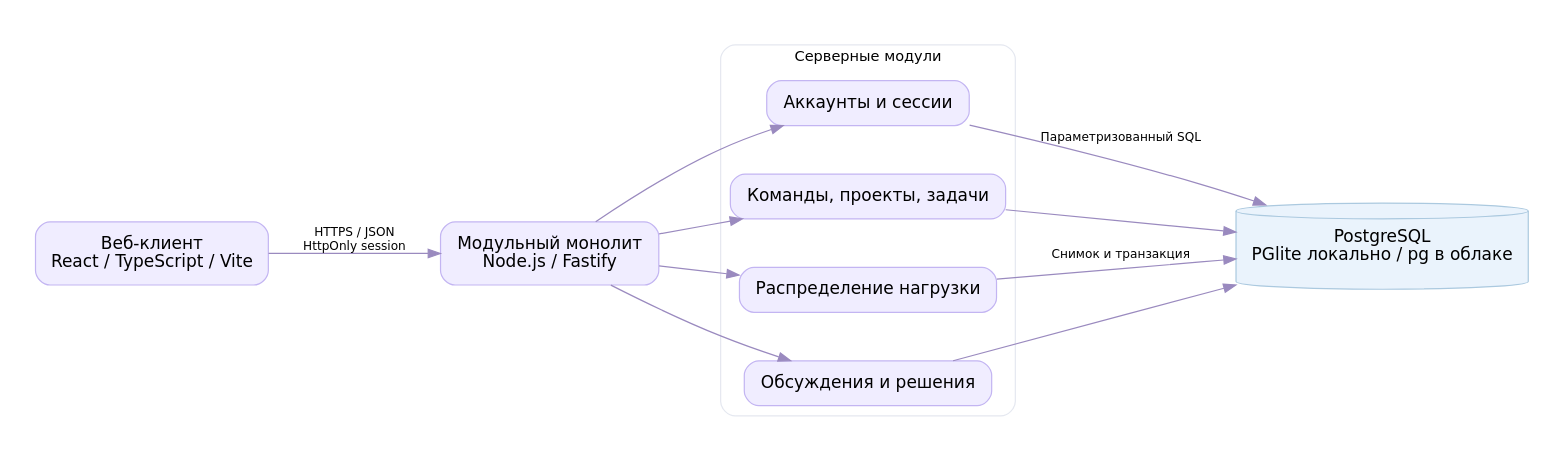
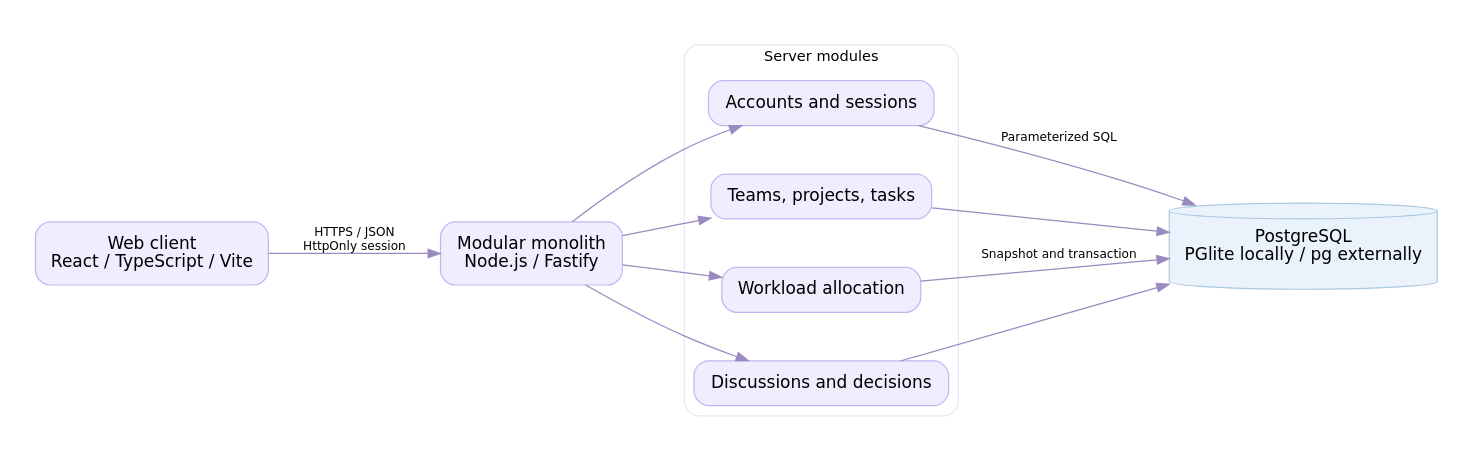
The diagram in diagrams/containers.dot (yerassylmurat07/fairshare), drawn with Graphviz before and after one commit. The commit also changed 18 other files, not shown here.

```diff
--- a/diagrams/containers.dot
+++ b/diagrams/containers.dot
@@ -1,24 +1,24 @@
 digraph FairShare {
  graph [rankdir=LR, bgcolor="white", fontname="DejaVu Sans", nodesep=0.55, ranksep=0.8, pad=0.3];
  node [shape=box, style="rounded,filled", fillcolor="#f0edff", color="#c3b5f2", fontname="DejaVu Sans", fontsize=14, margin="0.2,0.15"];
  edge [color="#9a8abf", fontname="DejaVu Sans", fontsize=10];
- Browser [label="Веб-клиент\nReact / TypeScript / Vite"];
- API [label="Модульный монолит\nNode.js / Fastify"];
- DB [shape=cylinder, label="PostgreSQL\nPGlite локально / pg в облаке",fillcolor="#eaf3fc",color="#abc9df"];
+ Browser [label="Web client\nReact / TypeScript / Vite"];
+ API [label="Modular monolith\nNode.js / Fastify"];
+ DB [shape=cylinder, label="PostgreSQL\nPGlite locally / pg externally",fillcolor="#eaf3fc",color="#abc9df"];
  subgraph cluster_modules {
-  label="Серверные модули"; fontname="DejaVu Sans";fontsize=12;color="#e5e8f0";style=rounded;
-  Identity [label="Аккаунты и сессии"];
-  Planning [label="Команды, проекты, задачи"];
-  Allocation [label="Распределение нагрузки"];
-  Collaboration [label="Обсуждения и решения"];
+  label="Server modules"; fontname="DejaVu Sans";fontsize=12;color="#e5e8f0";style=rounded;
+  Identity [label="Accounts and sessions"];
+  Planning [label="Teams, projects, tasks"];
+  Allocation [label="Workload allocation"];
+  Collaboration [label="Discussions and decisions"];
  }
  Browser -> API [label="HTTPS / JSON\nHttpOnly session"];
  API -> Identity;
  API -> Planning;
  API -> Allocation;
  API -> Collaboration;
- Identity -> DB [label="Параметризованный SQL"];
+ Identity -> DB [label="Parameterized SQL"];
  Planning -> DB;
- Allocation -> DB [label="Снимок и транзакция"];
+ Allocation -> DB [label="Snapshot and transaction"];
  Collaboration -> DB;
 }
```
